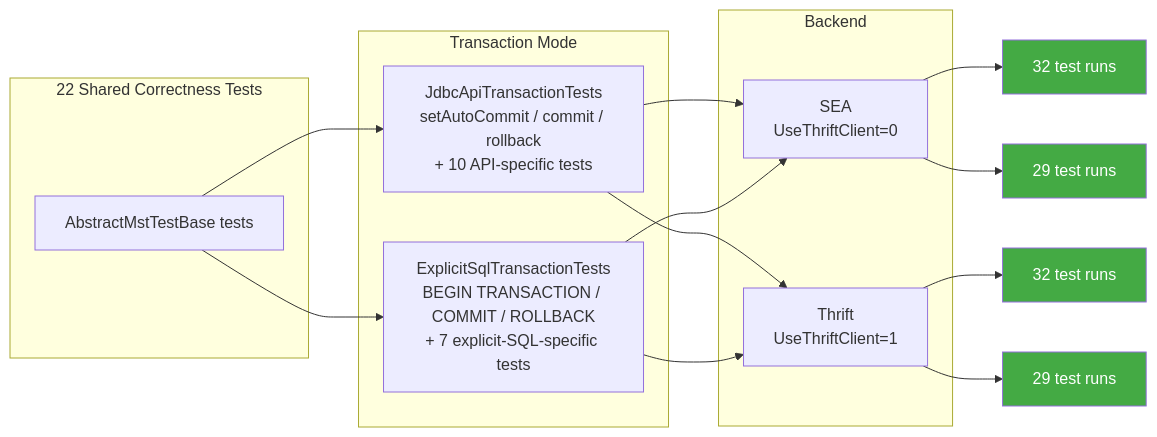
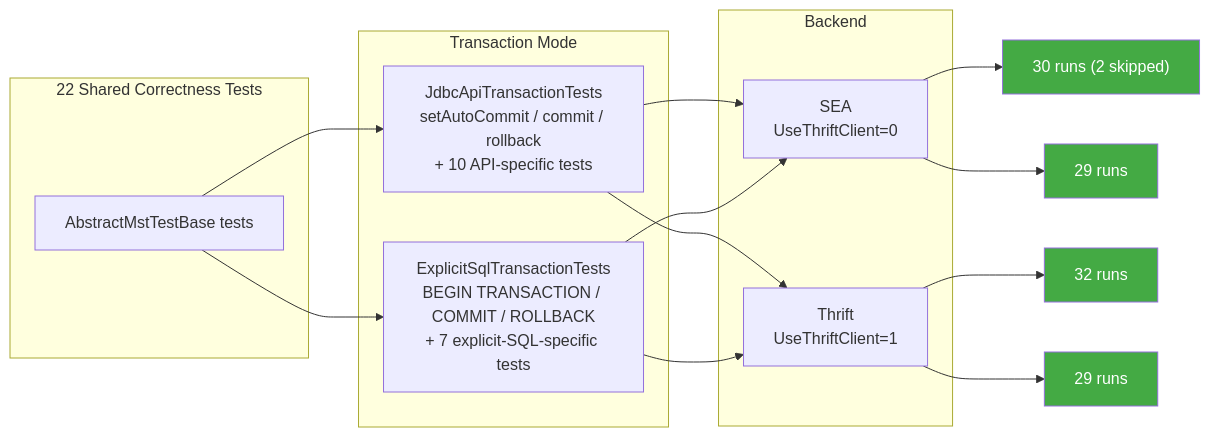
Before and after one commit to databricks/databricks-jdbc: the sixth of 10 diagrams in docs/mst-test-design.md, drawn with Mermaid. The commit also changed other lines of this file, not shown here.

First line of the commit message:
Update MST test design doc with E2E findings

````diff
--- a/docs/mst-test-design.md
+++ b/docs/mst-test-design.md
@@ -197,33 +251,33 @@
 ```mermaid
 flowchart LR
     subgraph "22 Shared Correctness Tests"
         TESTS[AbstractMstTestBase tests]
     end
 
     subgraph "Transaction Mode"
         JDBC["JdbcApiTransactionTests<br/>setAutoCommit / commit / rollback<br/>+ 10 API-specific tests"]
         EXPLICIT["ExplicitSqlTransactionTests<br/>BEGIN TRANSACTION / COMMIT / ROLLBACK<br/>+ 7 explicit-SQL-specific tests"]
     end
 
     subgraph "Backend"
         SEA[SEA<br/>UseThriftClient=0]
         THRIFT[Thrift<br/>UseThriftClient=1]
     end
 
     TESTS --> JDBC
     TESTS --> EXPLICIT
     JDBC --> SEA
     JDBC --> THRIFT
     EXPLICIT --> SEA
     EXPLICIT --> THRIFT
 
-    SEA --> R1["32 test runs"]
-    THRIFT --> R2["32 test runs"]
-    SEA --> R3["29 test runs"]
-    THRIFT --> R4["29 test runs"]
+    SEA --> R1["30 runs (2 skipped)"]
+    THRIFT --> R2["32 runs"]
+    SEA --> R3["29 runs"]
+    THRIFT --> R4["29 runs"]
 
     style R1 fill:#4a4,color:#fff
     style R2 fill:#4a4,color:#fff
     style R3 fill:#4a4,color:#fff
     style R4 fill:#4a4,color:#fff
 ```
````
